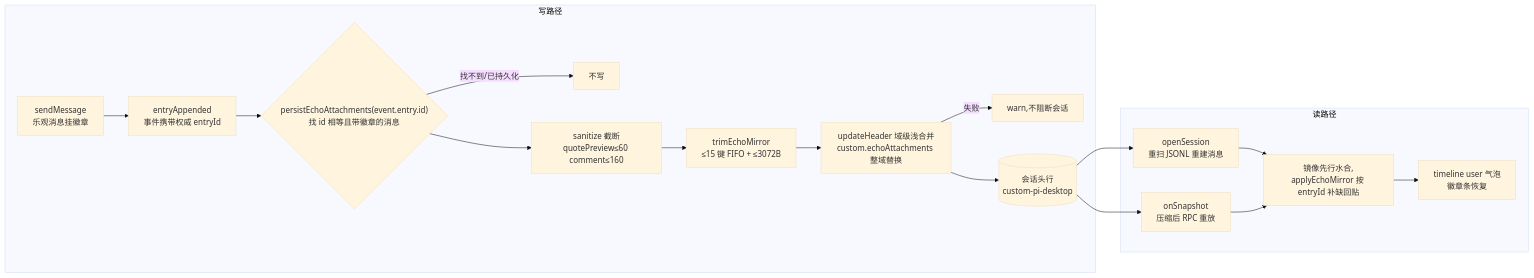
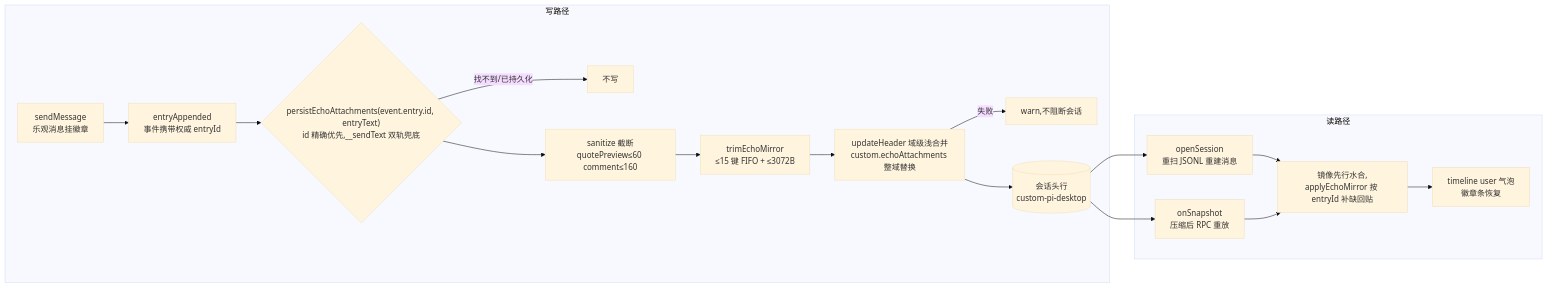
The diagram in docs/design/echo-attachments-persist.md (GOODDAYDAY/my-harness-desktop), drawn with Mermaid (base theme) before and after one commit. The commit also changed other lines of this file and 3 other files, not shown here.

First line of the commit message:
fix(sessions): echo 徽章持久化真实事件序下永不命中——persist 加内容双轨兜底

````diff
--- a/docs/design/echo-attachments-persist.md
+++ b/docs/design/echo-attachments-persist.md
@@ -107,20 +108,20 @@
 ```mermaid
 flowchart LR
     subgraph 写路径
         A["sendMessage<br/>乐观消息挂徽章"] --> B["entryAppended<br/>事件携带权威 entryId"]
-        B --> C{"persistEchoAttachments(event.entry.id)<br/>找 id 相等且带徽章的消息"}
+        B --> C{"persistEchoAttachments(event.entry.id, entryText)<br/>id 精确优先,__sendText 双轨兜底"}
         C -->|找不到/已持久化| X["不写"]
         C --> D["sanitize 截断<br/>quotePreview≤60 comment≤160"]
         D --> E["trimEchoMirror<br/>≤15 键 FIFO + ≤3072B"]
         E --> F["updateHeader 域级浅合并<br/>custom.echoAttachments 整域替换"]
         F -->|失败| W["warn,不阻断会话"]
         F --> G[("会话头行<br/>custom-pi-desktop")]
     end
     subgraph 读路径
         G --> H["openSession<br/>重扫 JSONL 重建消息"]
         G --> I["onSnapshot<br/>压缩后 RPC 重放"]
         H --> J["镜像先行水合,<br/>applyEchoMirror 按 entryId 补缺回贴"]
         I --> J
         J --> K["timeline user 气泡<br/>徽章条恢复"]
     end
 ```
````
